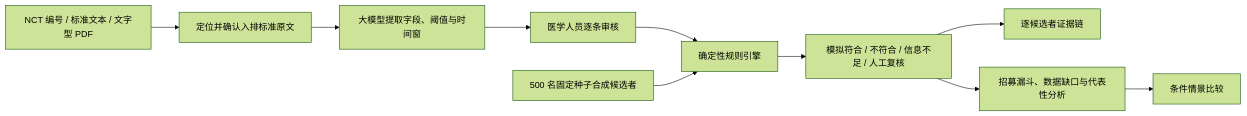
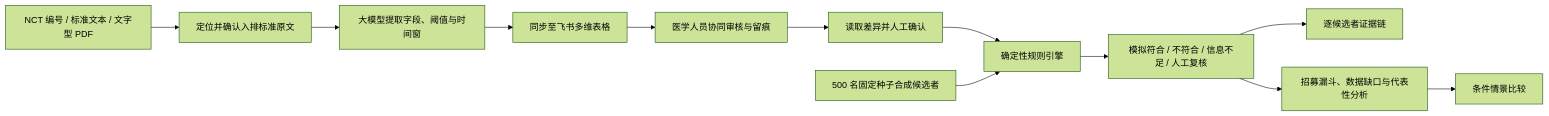
One commit to liziyaaa/TrialScopeAI changed the diagram in README.md. Above: the diagram before and after it, drawn with Mermaid (forest theme). The commit also changed other lines of this file and 6 other files, not shown here.

````diff
--- a/README.md
+++ b/README.md
@@ -29,12 +29,14 @@
 ```mermaid
 flowchart LR
     A["NCT 编号 / 标准文本 / 文字型 PDF"] --> B["定位并确认入排标准原文"]
     B --> C["大模型提取字段、阈值与时间窗"]
-    C --> D["医学人员逐条审核"]
-    D --> E["确定性规则引擎"]
-    F["500 名固定种子合成候选者"] --> E
-    E --> G["模拟符合 / 不符合 / 信息不足 / 人工复核"]
+    C --> D["同步至飞书多维表格"]
+    D --> E["医学人员协同审核与留痕"]
+    E --> K["读取差异并人工确认"]
+    K --> L["确定性规则引擎"]
+    F["500 名固定种子合成候选者"] --> L
+    L --> G["模拟符合 / 不符合 / 信息不足 / 人工复核"]
     G --> H["逐候选者证据链"]
     G --> I["招募漏斗、数据缺口与代表性分析"]
     I --> J["条件情景比较"]
 ```
````
